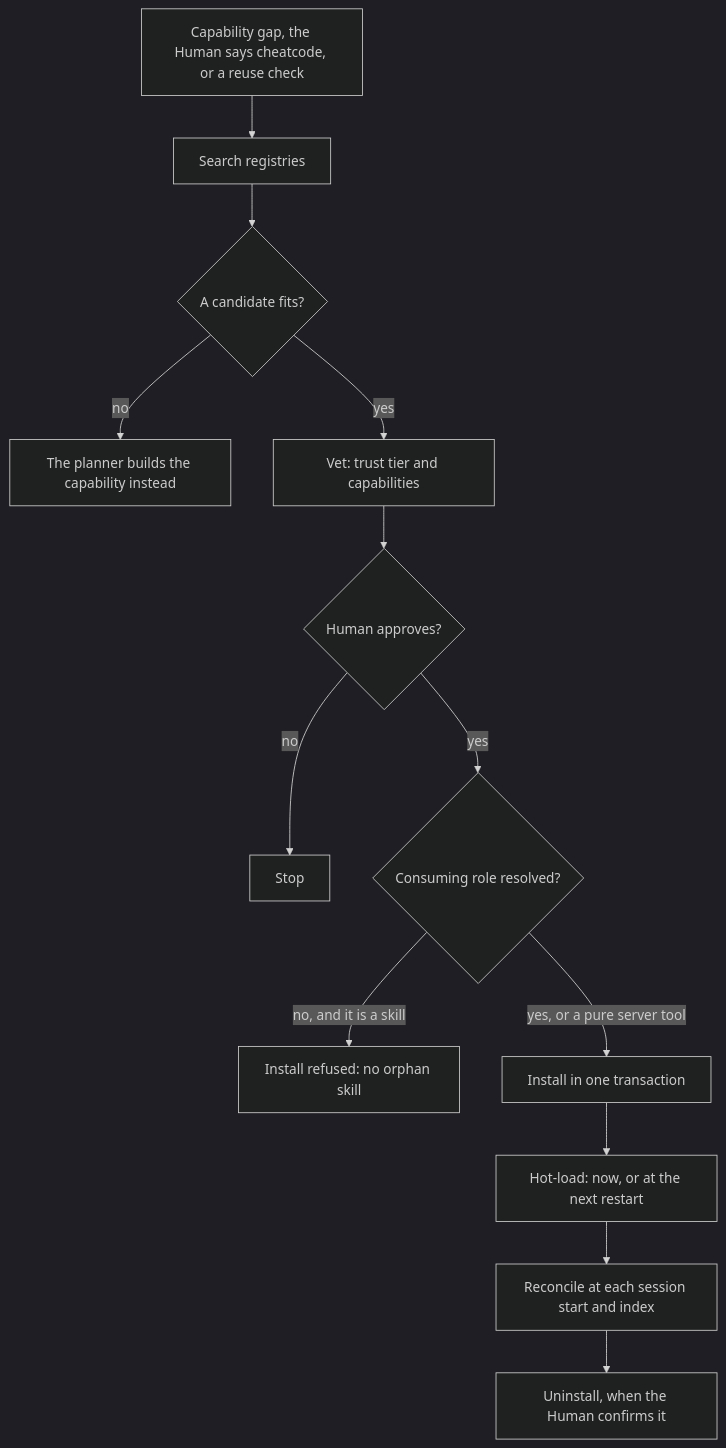
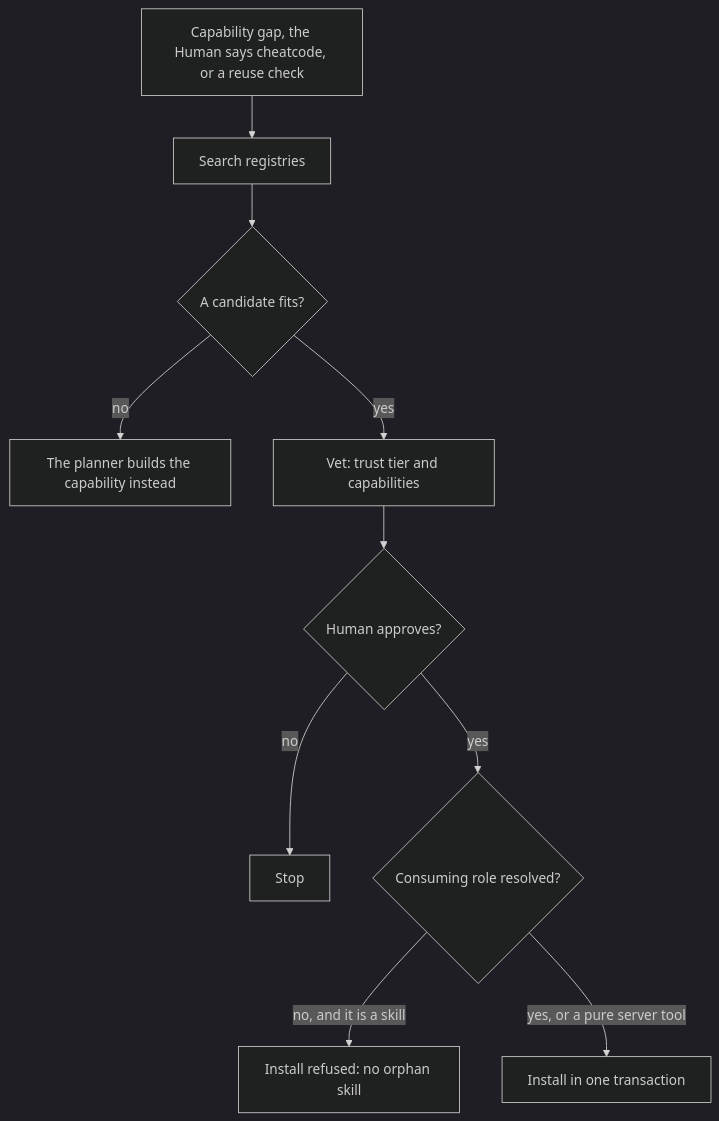
One commit to trustmybot/tmb changed the fourth of 7 diagrams in docs/flows/4_EXTENDING.md. Above: the diagram before and after it, drawn with Mermaid (dark theme). The commit also changed other lines of this file and 14 other files, not shown here.

Commit message:
📝 docs: flows, adapters, engine, roles and release pages follow the template; several-hosts design removed

````diff
--- a/docs/flows/4_EXTENDING.md
+++ b/docs/flows/4_EXTENDING.md
@@ -79,15 +93,12 @@
 ```mermaid
 flowchart TD
-    A["Capability gap, the Human says cheatcode, or a reuse check"] --> S[Search registries]
-    S --> F{A candidate fits?}
-    F -- no --> B[The planner builds the capability instead]
+    A["Capability gap, the Human says cheatcode, or a reuse check"] --> S["Search registries"]
+    S --> F{"A candidate fits?"}
+    F -- no --> B["The planner builds the capability instead"]
     F -- yes --> V["Vet: trust tier and capabilities"]
-    V --> H{Human approves?}
-    H -- no --> Z[Stop]
-    H -- yes --> T{Consuming role resolved?}
+    V --> H{"Human approves?"}
+    H -- no --> Z["Stop"]
+    H -- yes --> T{"Consuming role resolved?"}
     T -- "no, and it is a skill" --> X["Install refused: no orphan skill"]
-    T -- "yes, or a pure server tool" --> I[Install in one transaction]
-    I --> L["Hot-load: now, or at the next restart"]
-    L --> C[Reconcile at each session start and index]
-    C --> U["Uninstall, when the Human confirms it"]
+    T -- "yes, or a pure server tool" --> I["Install in one transaction"]
 ```
````
